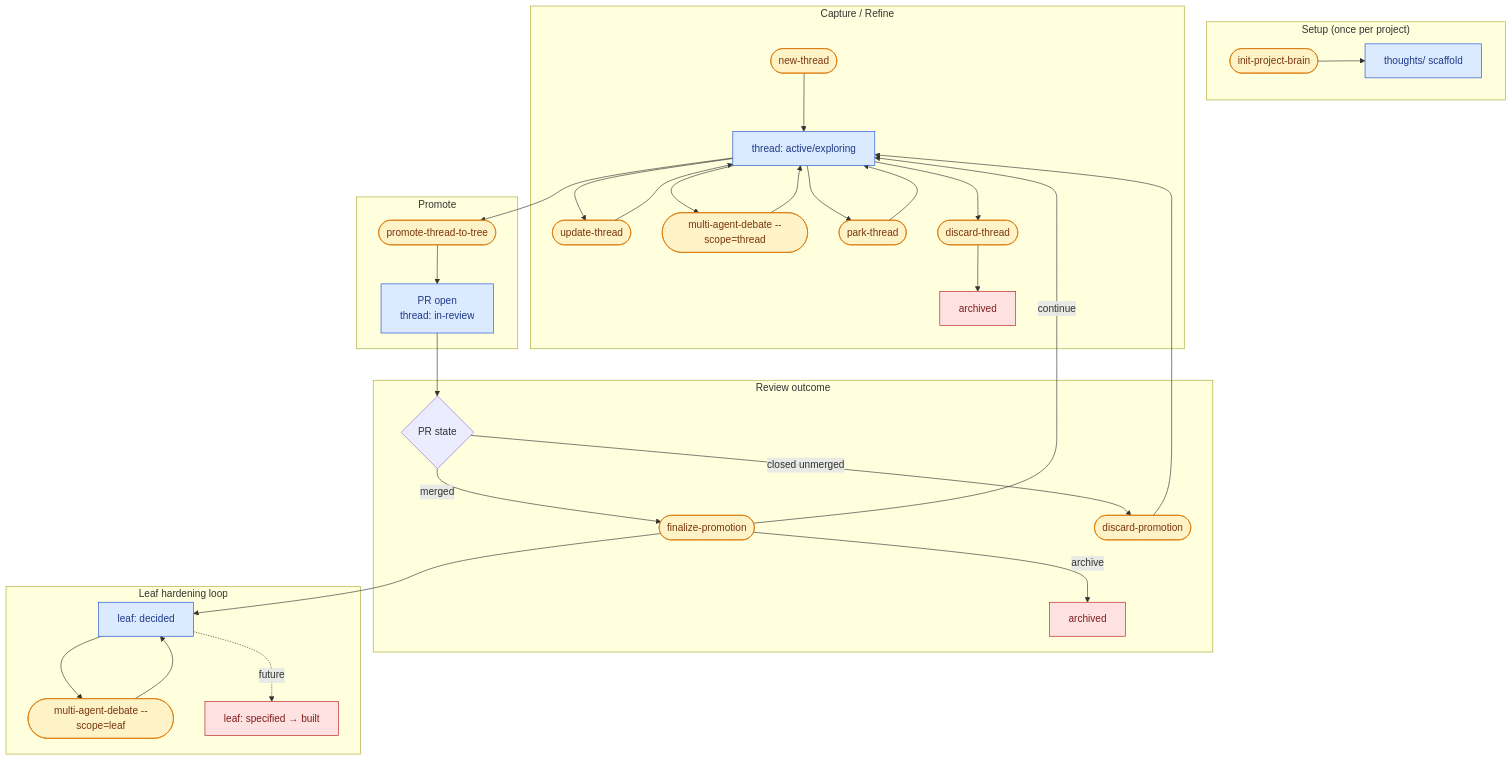
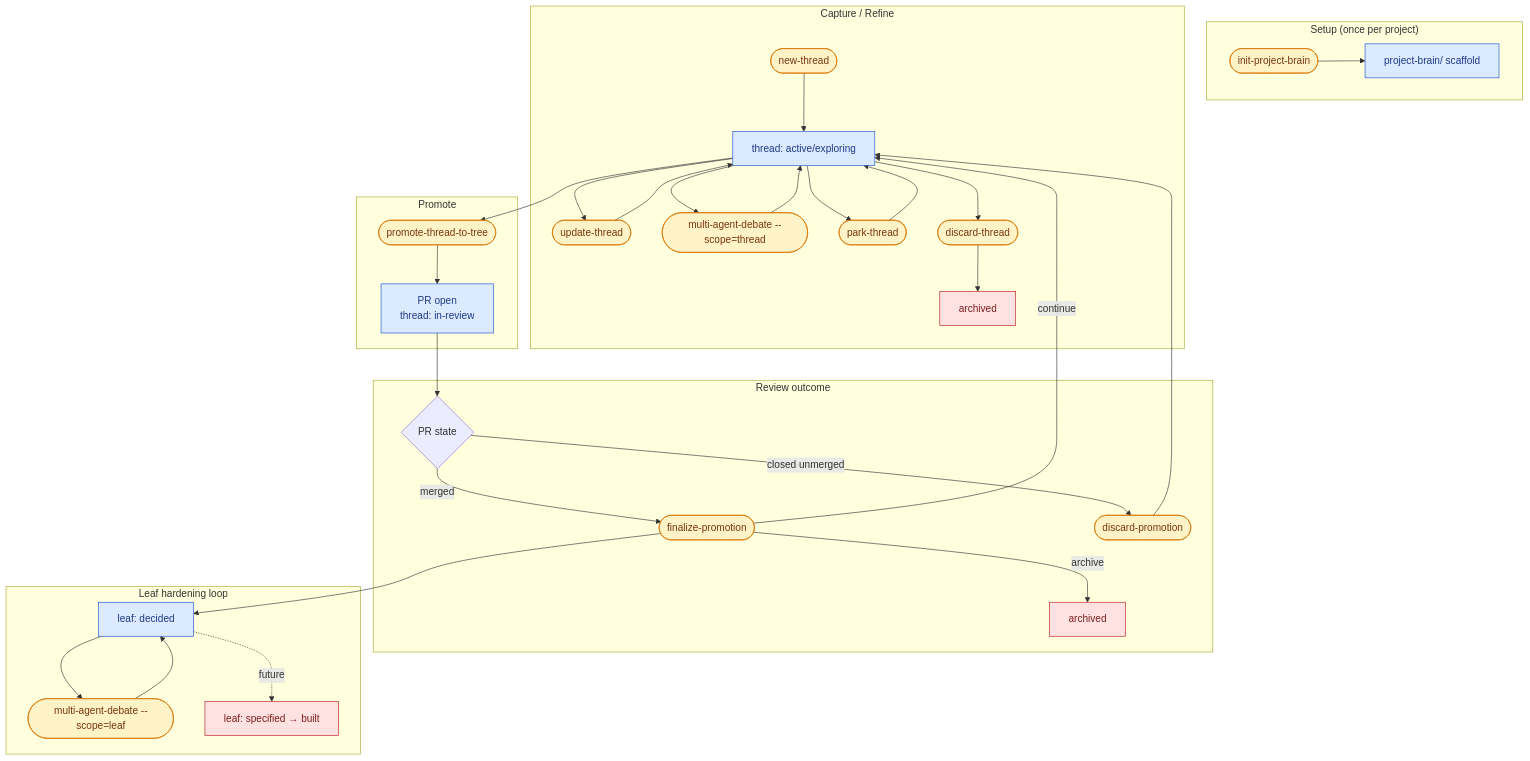
The first of 4 diagrams in README.md (taotan-eng/project-brain), drawn with Mermaid before and after one commit. The commit also changed other lines of this file and 40 other files, not shown here.

First line of the commit message:
v1.0.0-rc4: rename thoughts/→project-brain/ + two-layer config + git deferral + transcript + verbosity + zero-Q&A init

````diff
--- a/README.md
+++ b/README.md
@@ -150,46 +151,46 @@
 ```mermaid
 flowchart TD
     subgraph SETUP["Setup (once per project)"]
-        A0([init-project-brain]) --> A1[thoughts/ scaffold]
+        A0([init-project-brain]) --> A1[project-brain/ scaffold]
     end
 
     subgraph CAPTURE["Capture / Refine"]
         B0([new-thread]) --> B1[thread: active/exploring]
         B1 --> B2([update-thread])
         B2 --> B1
         B1 --> B3([multi-agent-debate --scope=thread])
         B3 --> B1
         B1 --> B4([park-thread])
         B4 --> B1
         B1 --> B5([discard-thread])
         B5 --> BX[archived]
     end
 
     subgraph PROMOTE["Promote"]
         B1 --> C0([promote-thread-to-tree])
         C0 --> C1[PR open<br/>thread: in-review]
     end
 
     subgraph REVIEW["Review outcome"]
         C1 --> D0{PR state}
         D0 -->|merged| D1([finalize-promotion])
         D0 -->|closed unmerged| D2([discard-promotion])
         D1 -->|continue| B1
         D1 -->|archive| DX[archived]
         D2 --> B1
     end
 
     subgraph HARDEN["Leaf hardening loop"]
         D1 --> E0[leaf: decided]
         E0 --> E1([multi-agent-debate --scope=leaf])
         E1 --> E0
         E0 -.future.-> F0[leaf: specified → built]
     end
 
     classDef skill fill:#fef3c7,stroke:#d97706,color:#78350f;
     classDef state fill:#dbeafe,stroke:#1d4ed8,color:#1e3a8a;
     classDef terminal fill:#fee2e2,stroke:#b91c1c,color:#7f1d1d;
     class A0,B0,B2,B3,B4,B5,C0,D1,D2,E1 skill;
     class A1,B1,C1,E0 state;
     class BX,DX,F0 terminal;
 ```
````
